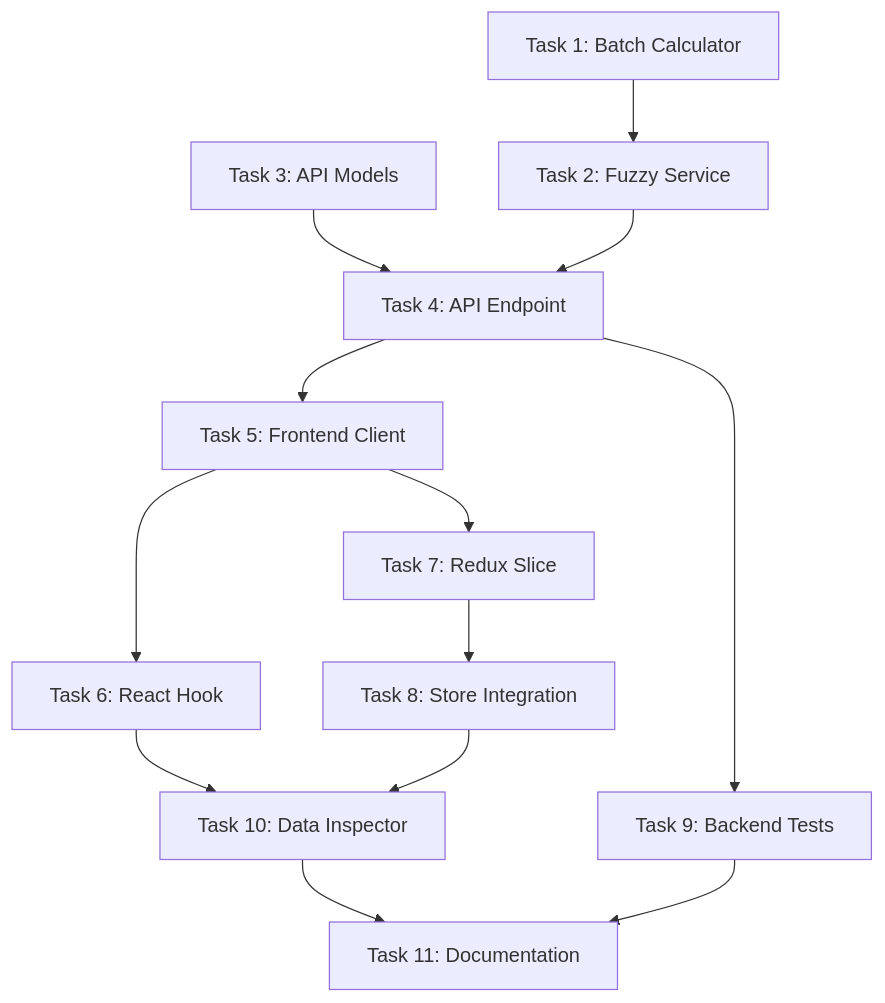
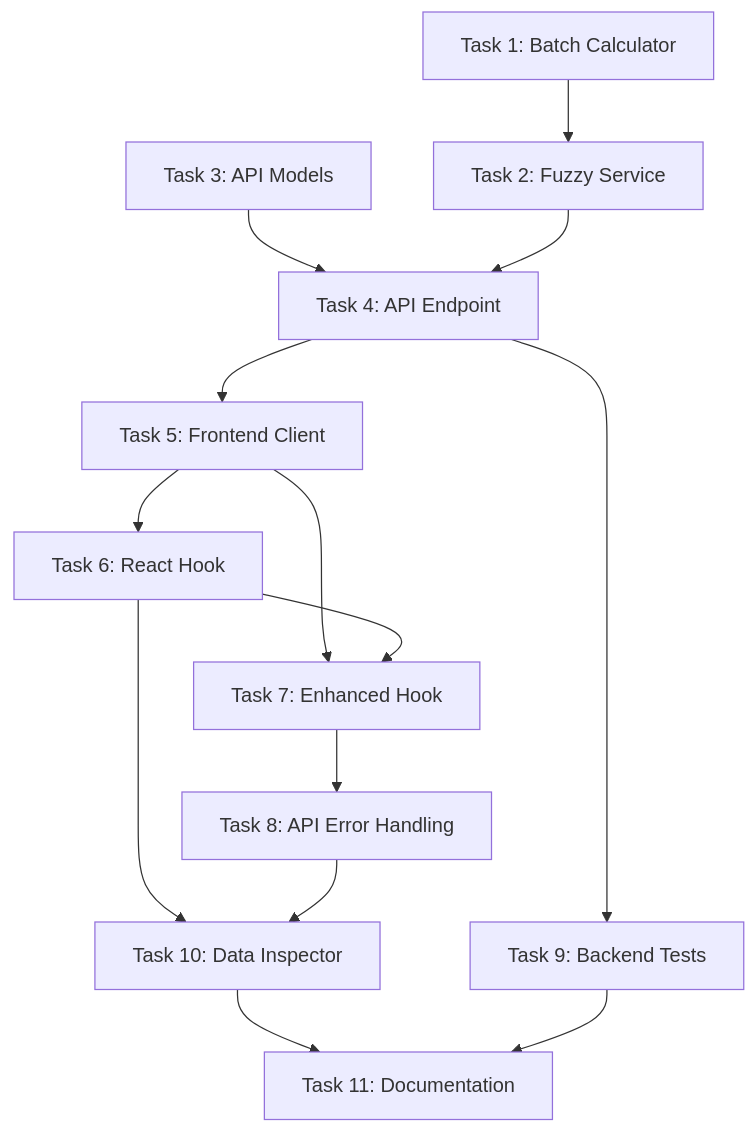
One commit to kpiteira/ktrdr changed the diagram in specification/v3_slice4_tasks.md. Above: the diagram before and after it, drawn with Mermaid. The commit also changed other lines of this file and 4 other files, not shown here.

First line of the commit message:
feat: Fix fuzzy system backend and update specifications to React hooks architecture

````diff
--- a/specification/v3_slice4_tasks.md
+++ b/specification/v3_slice4_tasks.md
@@ -288,15 +295,16 @@
 ```mermaid
 graph TD
     T1[Task 1: Batch Calculator] --> T2[Task 2: Fuzzy Service]
     T3[Task 3: API Models] --> T4[Task 4: API Endpoint]
     T2 --> T4
     T4 --> T5[Task 5: Frontend Client]
     T5 --> T6[Task 6: React Hook]
-    T5 --> T7[Task 7: Redux Slice]
-    T7 --> T8[Task 8: Store Integration]
+    T5 --> T7[Task 7: Enhanced Hook]
+    T6 --> T7
+    T7 --> T8[Task 8: API Error Handling]
     T6 --> T10[Task 10: Data Inspector]
     T8 --> T10
     T4 --> T9[Task 9: Backend Tests]
     T10 --> T11[Task 11: Documentation]
     T9 --> T11
 ```
````
